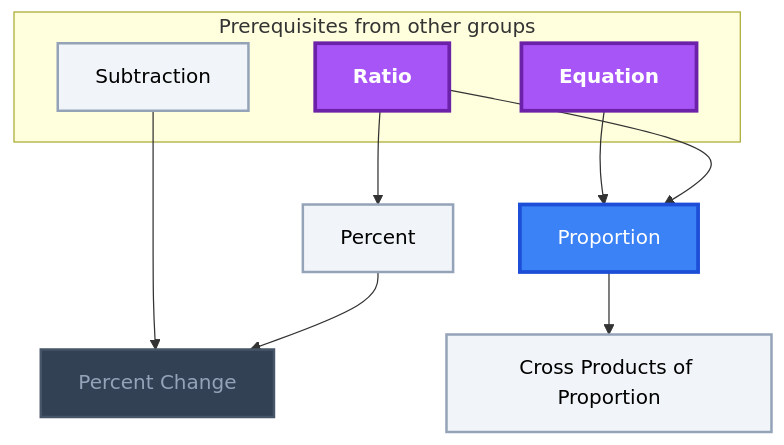
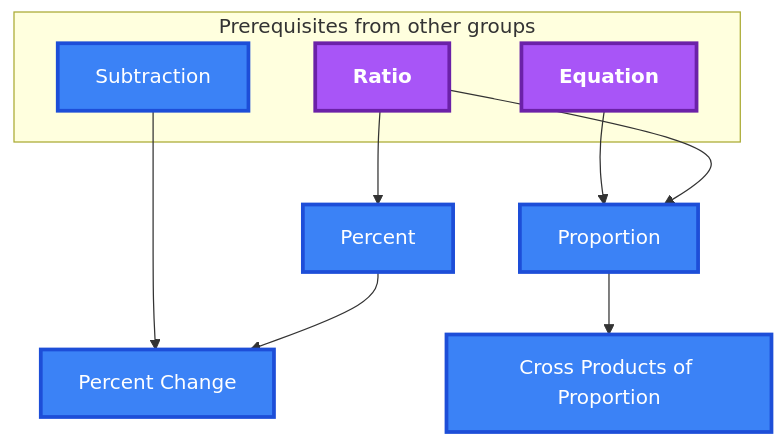
One commit to MRauf1/My-Notes changed the sixth of 10 diagrams in Gamification/Skill Trees/Pre-Algebra.md. Above: the diagram before and after it, drawn with Mermaid. The commit also changed other lines of this file and 145 other files, not shown here.

````diff
--- a/Gamification/Skill Trees/Pre-Algebra.md
+++ b/Gamification/Skill Trees/Pre-Algebra.md
@@ -328,32 +319,30 @@
 ```mermaid
 flowchart TD
     classDef planned fill:#1E293B,stroke:#64748B,stroke-width:2px,stroke-dasharray:5 5,color:#94A3B8;
     classDef locked fill:#334155,stroke:#475569,stroke-width:2px,color:#94A3B8;
     classDef L0 fill:#F1F5F9,stroke:#94A3B8,stroke-width:2px,color:#000000;
     classDef L1 fill:#22C55E,stroke:#15803D,stroke-width:2px,color:#000000;
     classDef L2 fill:#3B82F6,stroke:#1D4ED8,stroke-width:3px,color:#FFFFFF;
     classDef L3 fill:#A855F7,stroke:#6B21A8,stroke-width:3px,color:#FFFFFF,font-weight:bold;
     classDef L4 fill:#F97316,stroke:#C2410C,stroke-width:4px,color:#000000,font-weight:bold;
     classDef L5 fill:#FFD700,stroke:#FF8C00,stroke-width:5px,color:#000000,font-weight:bold;
     classDef rusty stroke:#8B4513,stroke-width:4px,stroke-dasharray:3 3;
     subgraph sg_prereqs["Prerequisites from other groups"]
         n_ratio["Ratio"]
         n_subtraction["Subtraction"]
         n_equation["Equation"]
     end
     n_percent["Percent"]
     n_percent_change["Percent Change"]
     n_proportion["Proportion"]
     n_cross_products_of_proportion["Cross Products of Proportion"]
     n_ratio --> n_percent
     n_subtraction --> n_percent_change
     n_percent --> n_percent_change
     n_equation --> n_proportion
     n_ratio --> n_proportion
     n_proportion --> n_cross_products_of_proportion
-    class n_percent_change locked;
-    class n_subtraction,n_percent,n_cross_products_of_proportion L0;
-    class n_proportion L2;
+    class n_subtraction,n_percent,n_percent_change,n_proportion,n_cross_products_of_proportion L2;
     class n_ratio,n_equation L3;
     class n_ratio,n_subtraction,n_equation,n_percent,n_percent_change,n_proportion,n_cross_products_of_proportion internal-link;
 ```
````
